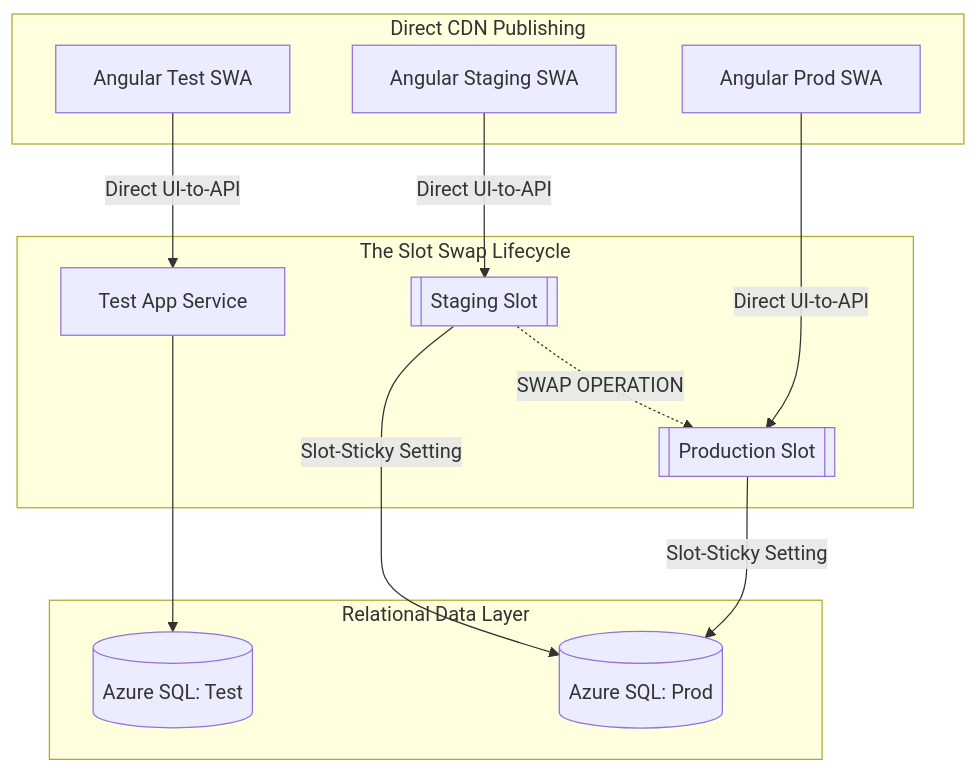
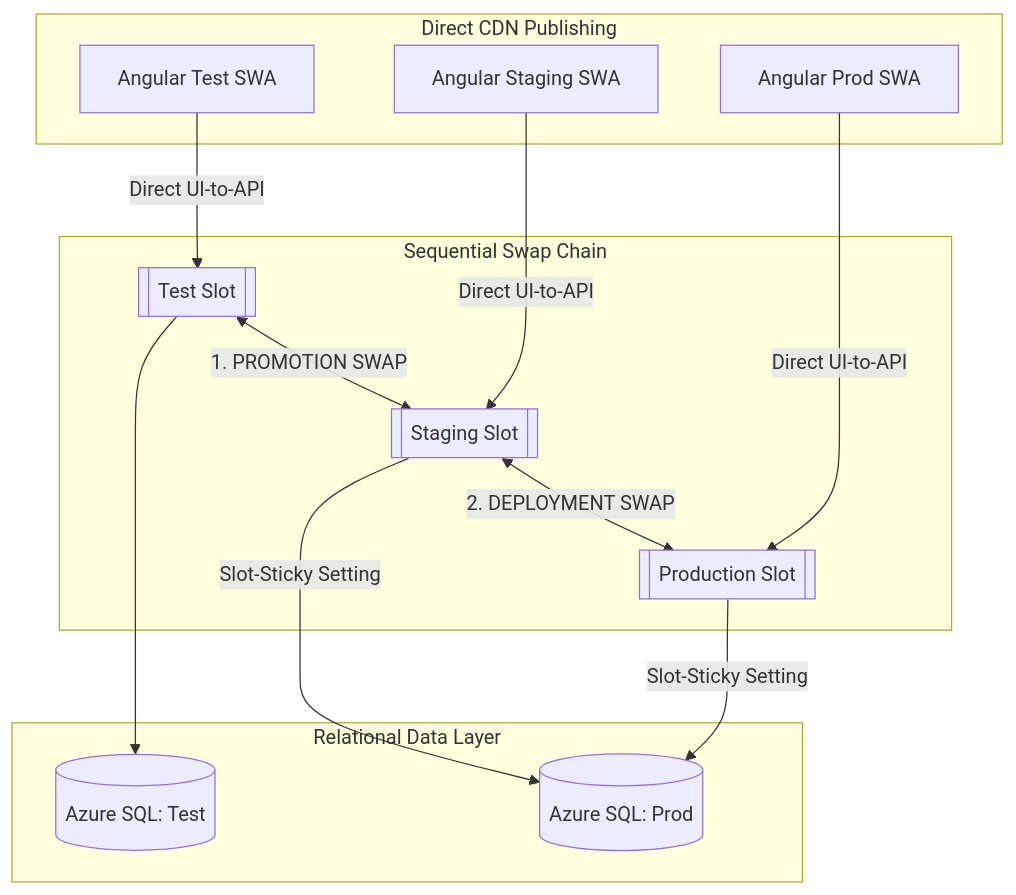
One commit to acforbes/freight-logistics-architecture changed the first of 3 diagrams in presentation.md. Above: the diagram before and after it, drawn with Mermaid. The commit also changed 1 other file, not shown here.

Commit message:
docs: updated sequential app service slot chain for deployment

````diff
--- a/presentation.md
+++ b/presentation.md
@@ -54,22 +54,23 @@
 ```mermaid
 graph TD
     subgraph Frontend Layer [Direct CDN Publishing]
         SWA_Test[Angular Test SWA]
         SWA_Stag[Angular Staging SWA]
         SWA_Prod[Angular Prod SWA]
     end
 
-    subgraph Backend App Service Plan [The Slot Swap Lifecycle]
-        SWA_Test -->|Direct UI-to-API| API_Test[Test App Service]
+    subgraph Backend App Service Plan [Sequential Swap Chain]
+        SWA_Test -->|Direct UI-to-API| API_Test[[Test Slot]]
         SWA_Stag -->|Direct UI-to-API| Slot_Stag[[Staging Slot]]
         SWA_Prod -->|Direct UI-to-API| Slot_Prod[[Production Slot]]
         
-        Slot_Stag -.->|SWAP OPERATION| Slot_Prod
+        API_Test <-->|1. PROMOTION SWAP| Slot_Stag
+        Slot_Stag <-->|2. DEPLOYMENT SWAP| Slot_Prod
     end
 
     subgraph Relational Data Layer
         API_Test --> DB_Test[(Azure SQL: Test)]
         Slot_Stag -->|Slot-Sticky Setting| DB_Prod_Main[(Azure SQL: Prod)]
         Slot_Prod -->|Slot-Sticky Setting| DB_Prod_Main
     end
 ```
````
